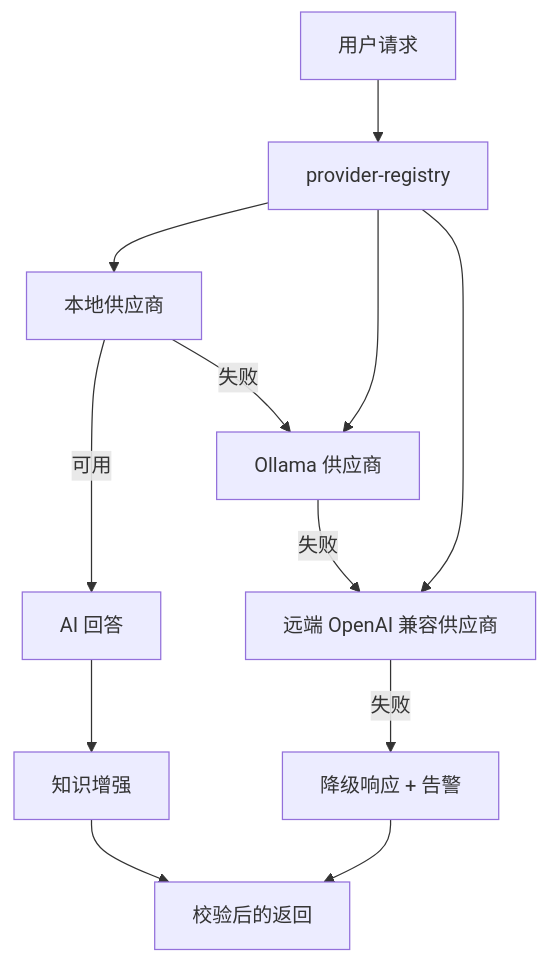
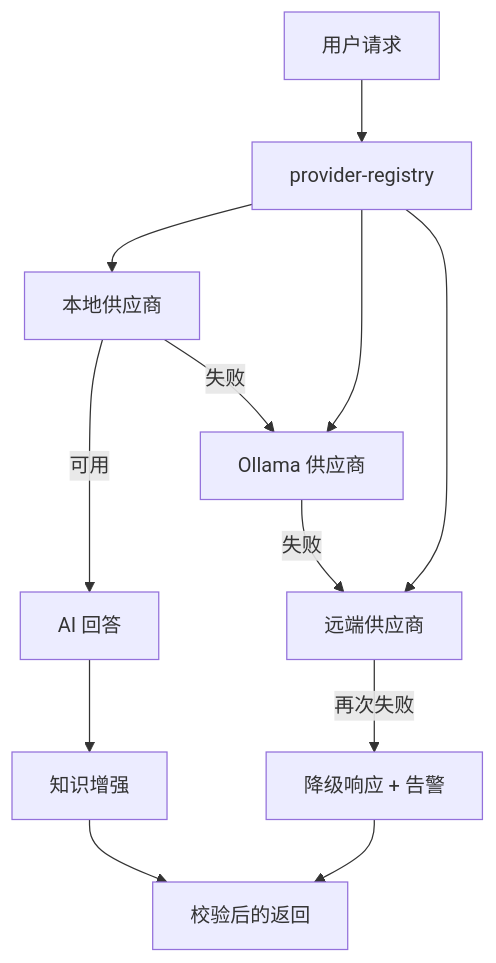
Diagram 14 of 16 in README.md (d4551/tea), drawn with Mermaid before and after one commit. The commit also changed other lines of this file and 2 other files, not shown here.

````diff
--- a/README.md
+++ b/README.md
@@ -562,14 +694,14 @@
 ```mermaid
 flowchart TD
   U["用户请求"] --> P["provider-registry"]
   P --> L["本地供应商"]
   P --> O["Ollama 供应商"]
-  P --> R["远端 OpenAI 兼容供应商"]
+  P --> R["远端供应商"]
   L -->|可用| S["AI 回答"]
   L -->|失败| O
   O -->|失败| R
-  R -->|失败| F["降级响应 + 告警"]
+  R -->|再次失败| F["降级响应 + 告警"]
   S --> K["知识增强"]
   K --> V["校验后的返回"]
   F --> V
 ```
````
